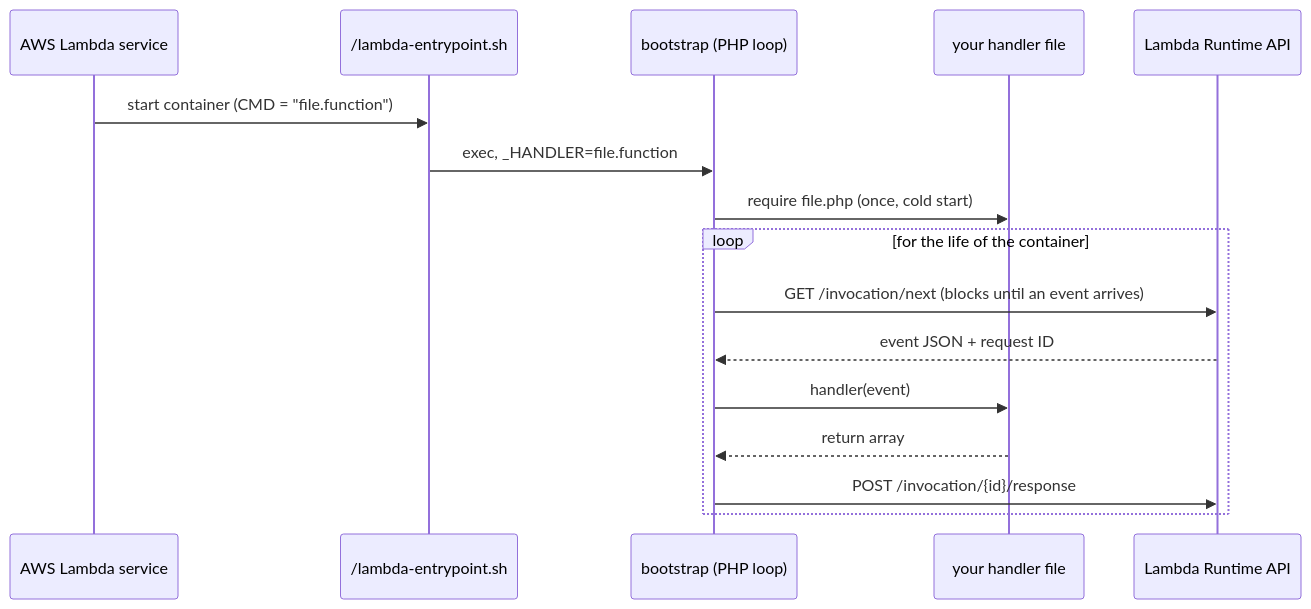
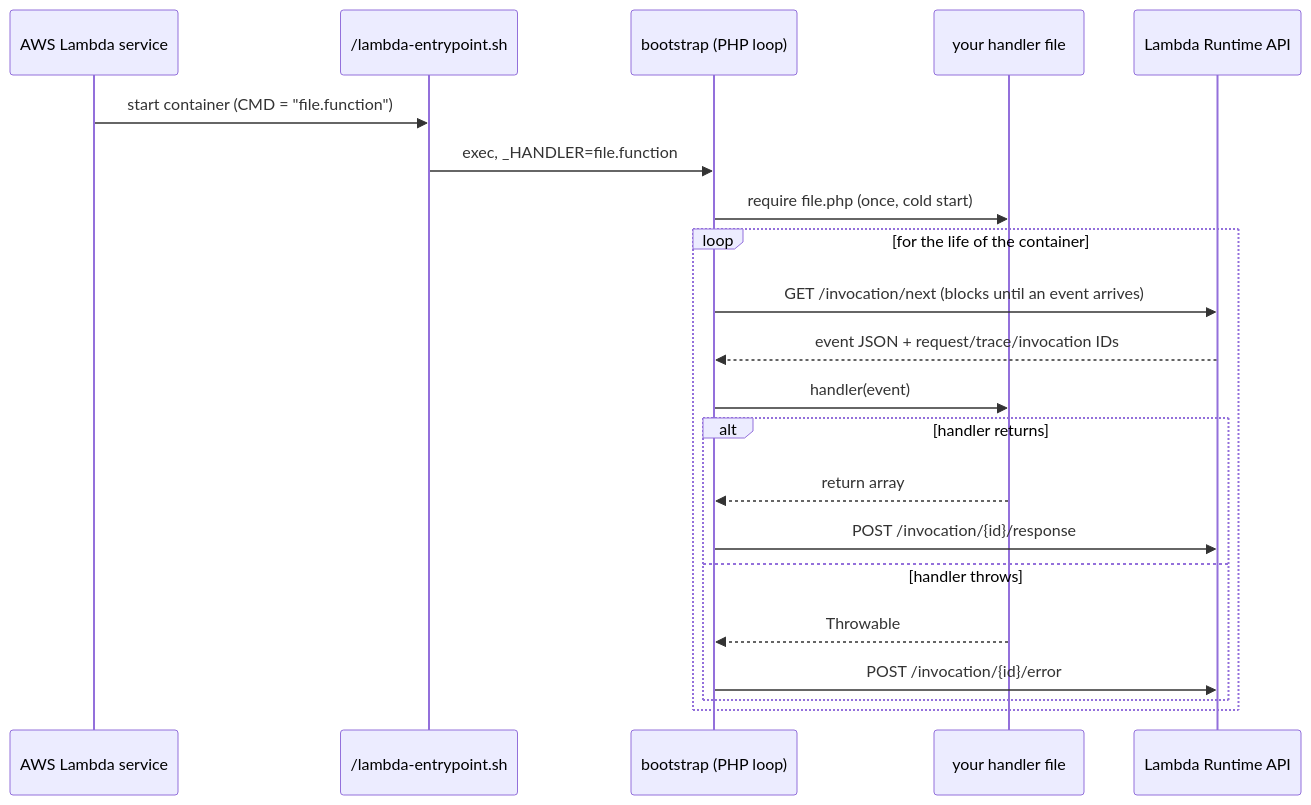
The diagram in README.md (droidlabour/php-aws-lambda-runtime), drawn with Mermaid before and after one commit. The commit also changed other lines of this file and 1 other file, not shown here.

Commit message:
Handle trace ID and invocation ID headers in bootstrap

````diff
--- a/README.md
+++ b/README.md
@@ -30,19 +30,24 @@
 ```mermaid
 sequenceDiagram
     participant Lambda as AWS Lambda service
     participant Entry as /lambda-entrypoint.sh
     participant Boot as bootstrap (PHP loop)
     participant Handler as your handler file
     participant API as Lambda Runtime API
 
     Lambda->>Entry: start container (CMD = "file.function")
     Entry->>Boot: exec, _HANDLER=file.function
     Boot->>Handler: require file.php (once, cold start)
     loop for the life of the container
         Boot->>API: GET /invocation/next (blocks until an event arrives)
-        API-->>Boot: event JSON + request ID
+        API-->>Boot: event JSON + request/trace/invocation IDs
         Boot->>Handler: handler(event)
-        Handler-->>Boot: return array
-        Boot->>API: POST /invocation/{id}/response
+        alt handler returns
+            Handler-->>Boot: return array
+            Boot->>API: POST /invocation/{id}/response
+        else handler throws
+            Handler-->>Boot: Throwable
+            Boot->>API: POST /invocation/{id}/error
+        end
     end
 ```
````
